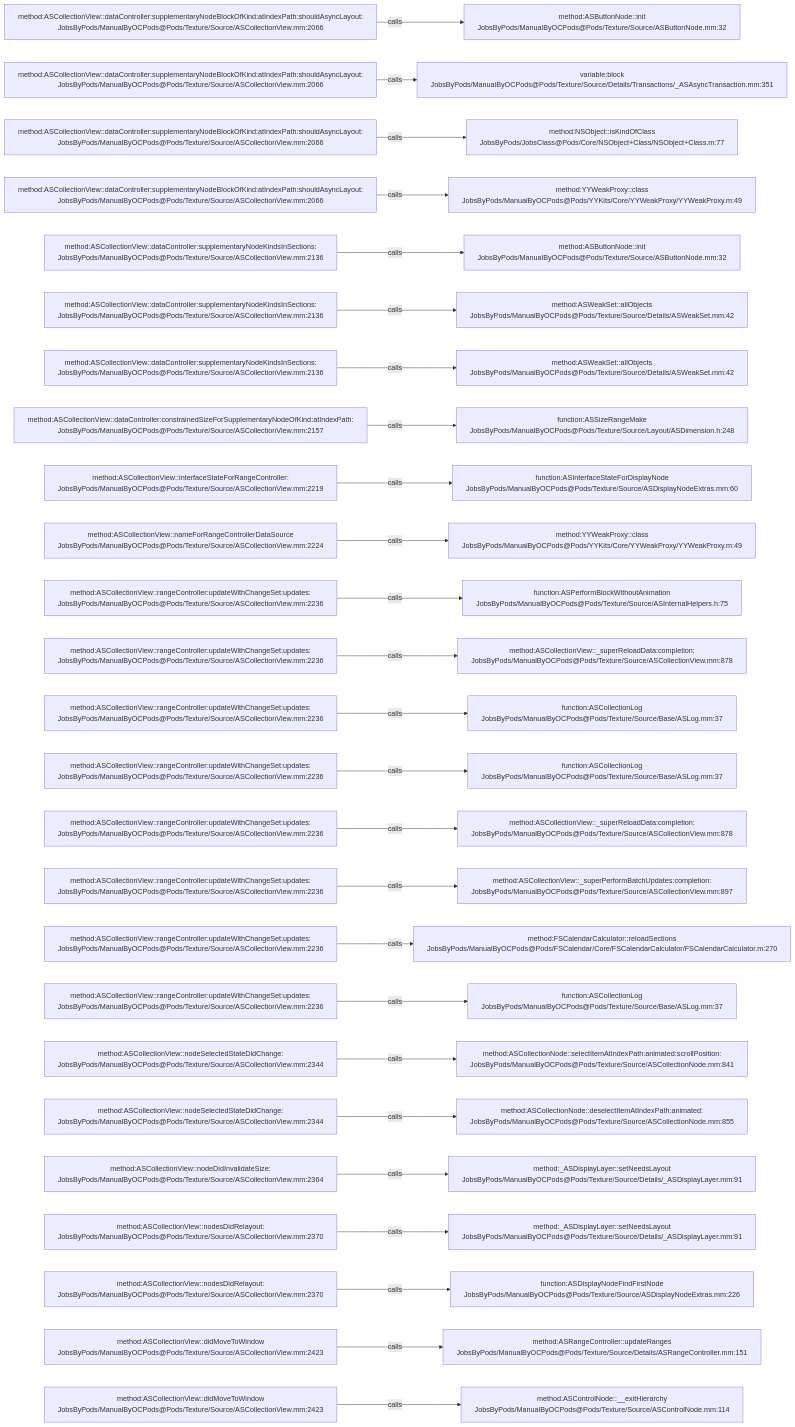
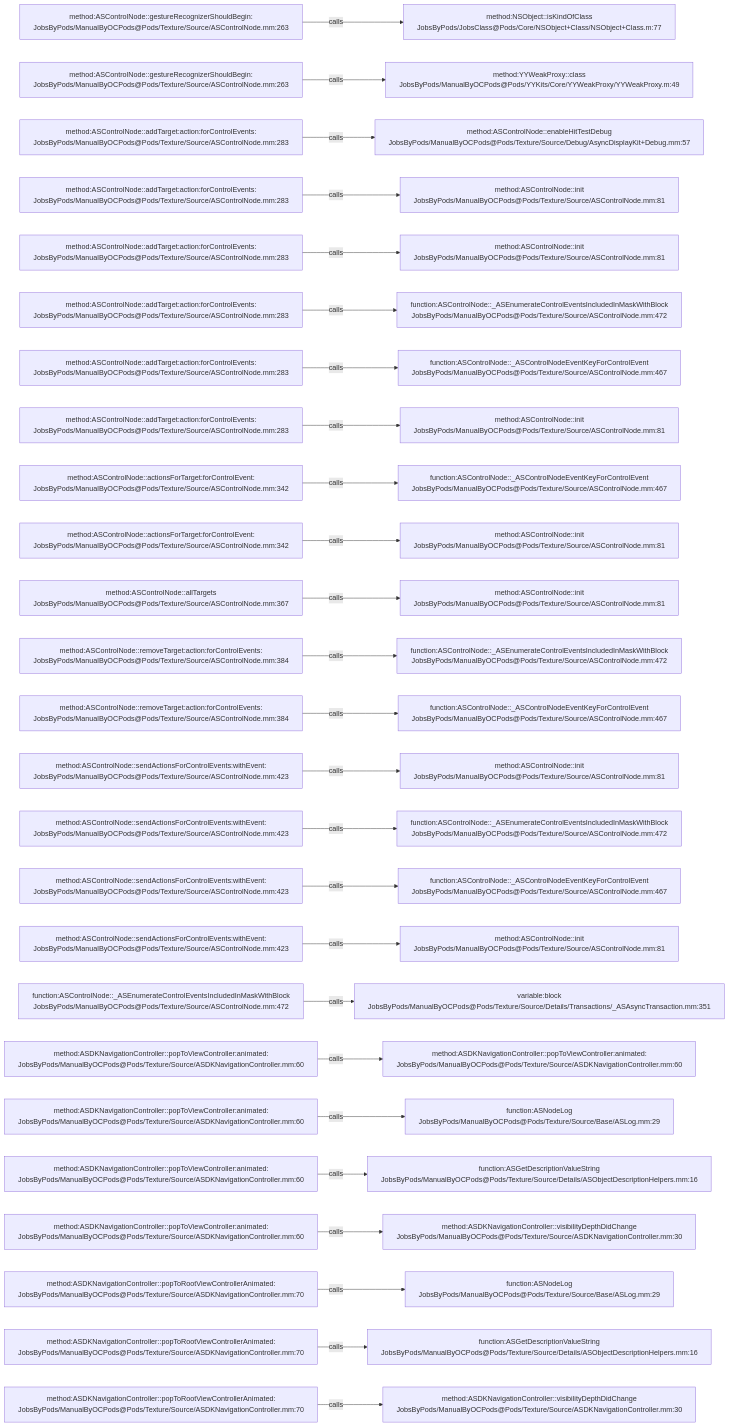
The diagram in .codegraph/codegraph.md/graphs/calls-085.md (JobsKits/JobsOCBaseConfigDemo), drawn with Mermaid before and after one commit. The commit also changed 1353 other files, not shown here.

````diff
--- a/.codegraph/codegraph.md/graphs/calls-085.md
+++ b/.codegraph/codegraph.md/graphs/calls-085.md
@@ -13,78 +13,78 @@
 ```mermaid
 flowchart LR
-  S1["method:ASCollectionView::dataController:supplementaryNodeBlockOfKind:atIndexPath:shouldAsyncLayout:<br/>JobsByPods/ManualByOCPods@Pods/Texture/Source/ASCollectionView.mm:2066"]
-  T1["method:ASButtonNode::init<br/>JobsByPods/ManualByOCPods@Pods/Texture/Source/ASButtonNode.mm:32"]
+  S1["method:ASControlNode::gestureRecognizerShouldBegin:<br/>JobsByPods/ManualByOCPods@Pods/Texture/Source/ASControlNode.mm:263"]
+  T1["method:NSObject::isKindOfClass<br/>JobsByPods/JobsClass@Pods/Core/NSObject+Class/NSObject+Class.m:77"]
   S1 -->|calls| T1
-  S2["method:ASCollectionView::dataController:supplementaryNodeBlockOfKind:atIndexPath:shouldAsyncLayout:<br/>JobsByPods/ManualByOCPods@Pods/Texture/Source/ASCollectionView.mm:2066"]
-  T2["variable:block<br/>JobsByPods/ManualByOCPods@Pods/Texture/Source/Details/Transactions/_ASAsyncTransaction.mm:351"]
+  S2["method:ASControlNode::gestureRecognizerShouldBegin:<br/>JobsByPods/ManualByOCPods@Pods/Texture/Source/ASControlNode.mm:263"]
+  T2["method:YYWeakProxy::class<br/>JobsByPods/ManualByOCPods@Pods/YYKits/Core/YYWeakProxy/YYWeakProxy.m:49"]
   S2 -->|calls| T2
-  S3["method:ASCollectionView::dataController:supplementaryNodeBlockOfKind:atIndexPath:shouldAsyncLayout:<br/>JobsByPods/ManualByOCPods@Pods/Texture/Source/ASCollectionView.mm:2066"]
-  T3["method:NSObject::isKindOfClass<br/>JobsByPods/JobsClass@Pods/Core/NSObject+Class/NSObject+Class.m:77"]
+  S3["method:ASControlNode::addTarget:action:forControlEvents:<br/>JobsByPods/ManualByOCPods@Pods/Texture/Source/ASControlNode.mm:283"]
+  T3["method:ASControlNode::enableHitTestDebug<br/>JobsByPods/ManualByOCPods@Pods/Texture/Source/Debug/AsyncDisplayKit+Debug.mm:57"]
   S3 -->|calls| T3
-  S4["method:ASCollectionView::dataController:supplementaryNodeBlockOfKind:atIndexPath:shouldAsyncLayout:<br/>JobsByPods/ManualByOCPods@Pods/Texture/Source/ASCollectionView.mm:2066"]
-  T4["method:YYWeakProxy::class<br/>JobsByPods/ManualByOCPods@Pods/YYKits/Core/YYWeakProxy/YYWeakProxy.m:49"]
+  S4["method:ASControlNode::addTarget:action:forControlEvents:<br/>JobsByPods/ManualByOCPods@Pods/Texture/Source/ASControlNode.mm:283"]
+  T4["method:ASControlNode::init<br/>JobsByPods/ManualByOCPods@Pods/Texture/Source/ASControlNode.mm:81"]
   S4 -->|calls| T4
-  S5["method:ASCollectionView::dataController:supplementaryNodeKindsInSections:<br/>JobsByPods/ManualByOCPods@Pods/Texture/Source/ASCollectionView.mm:2136"]
-  T5["method:ASButtonNode::init<br/>JobsByPods/ManualByOCPods@Pods/Texture/Source/ASButtonNode.mm:32"]
+  S5["method:ASControlNode::addTarget:action:forControlEvents:<br/>JobsByPods/ManualByOCPods@Pods/Texture/Source/ASControlNode.mm:283"]
+  T5["method:ASControlNode::init<br/>JobsByPods/ManualByOCPods@Pods/Texture/Source/ASControlNode.mm:81"]
   S5 -->|calls| T5
-  S6["method:ASCollectionView::dataController:supplementaryNodeKindsInSections:<br/>JobsByPods/ManualByOCPods@Pods/Texture/Source/ASCollectionView.mm:2136"]
-  T6["method:ASWeakSet::allObjects<br/>JobsByPods/ManualByOCPods@Pods/Texture/Source/Details/ASWeakSet.mm:42"]
+  S6["method:ASControlNode::addTarget:action:forControlEvents:<br/>JobsByPods/ManualByOCPods@Pods/Texture/Source/ASControlNode.mm:283"]
+  T6["function:ASControlNode::_ASEnumerateControlEventsIncludedInMaskWithBlock<br/>JobsByPods/ManualByOCPods@Pods/Texture/Source/ASControlNode.mm:472"]
   S6 -->|calls| T6
-  S7["method:ASCollectionView::dataController:supplementaryNodeKindsInSections:<br/>JobsByPods/ManualByOCPods@Pods/Texture/Source/ASCollectionView.mm:2136"]
-  T7["method:ASWeakSet::allObjects<br/>JobsByPods/ManualByOCPods@Pods/Texture/Source/Details/ASWeakSet.mm:42"]
+  S7["method:ASControlNode::addTarget:action:forControlEvents:<br/>JobsByPods/ManualByOCPods@Pods/Texture/Source/ASControlNode.mm:283"]
+  T7["function:ASControlNode::_ASControlNodeEventKeyForControlEvent<br/>JobsByPods/ManualByOCPods@Pods/Texture/Source/ASControlNode.mm:467"]
   S7 -->|calls| T7
-  S8["method:ASCollectionView::dataController:constrainedSizeForSupplementaryNodeOfKind:atIndexPath:<br/>JobsByPods/ManualByOCPods@Pods/Texture/Source/ASCollectionView.mm:2157"]
-  T8["function:ASSizeRangeMake<br/>JobsByPods/ManualByOCPods@Pods/Texture/Source/Layout/ASDimension.h:248"]
+  S8["method:ASControlNode::addTarget:action:forControlEvents:<br/>JobsByPods/ManualByOCPods@Pods/Texture/Source/ASControlNode.mm:283"]
+  T8["method:ASControlNode::init<br/>JobsByPods/ManualByOCPods@Pods/Texture/Source/ASControlNode.mm:81"]
   S8 -->|calls| T8
-  S9["method:ASCollectionView::interfaceStateForRangeController:<br/>JobsByPods/ManualByOCPods@Pods/Texture/Source/ASCollectionView.mm:2219"]
-  T9["function:ASInterfaceStateForDisplayNode<br/>JobsByPods/ManualByOCPods@Pods/Texture/Source/ASDisplayNodeExtras.mm:60"]
+  S9["method:ASControlNode::actionsForTarget:forControlEvent:<br/>JobsByPods/ManualByOCPods@Pods/Texture/Source/ASControlNode.mm:342"]
+  T9["function:ASControlNode::_ASControlNodeEventKeyForControlEvent<br/>JobsByPods/ManualByOCPods@Pods/Texture/Source/ASControlNode.mm:467"]
   S9 -->|calls| T9
-  S10["method:ASCollectionView::nameForRangeControllerDataSource<br/>JobsByPods/ManualByOCPods@Pods/Texture/Source/ASCollectionView.mm:2224"]
-  T10["method:YYWeakProxy::class<br/>JobsByPods/ManualByOCPods@Pods/YYKits/Core/YYWeakProxy/YYWeakProxy.m:49"]
+  S10["method:ASControlNode::actionsForTarget:forControlEvent:<br/>JobsByPods/ManualByOCPods@Pods/Texture/Source/ASControlNode.mm:342"]
+  T10["method:ASControlNode::init<br/>JobsByPods/ManualByOCPods@Pods/Texture/Source/ASControlNode.mm:81"]
   S10 -->|calls| T10
-  S11["method:ASCollectionView::rangeController:updateWithChangeSet:updates:<br/>JobsByPods/ManualByOCPods@Pods/Texture/Source/ASCollectionView.mm:2236"]
-  T11["function:ASPerformBlockWithoutAnimation<br/>JobsByPods/ManualByOCPods@Pods/Texture/Source/ASInternalHelpers.h:75"]
+  S11["method:ASControlNode::allTargets<br/>JobsByPods/ManualByOCPods@Pods/Texture/Source/ASControlNode.mm:367"]
+  T11["method:ASControlNode::init<br/>JobsByPods/ManualByOCPods@Pods/Texture/Source/ASControlNode.mm:81"]
   S11 -->|calls| T11
-  S12["method:ASCollectionView::rangeController:updateWithChangeSet:updates:<br/>JobsByPods/ManualByOCPods@Pods/Texture/Source/ASCollectionView.mm:2236"]
-  T12["method:ASCollectionView::_superReloadData:completion:<br/>JobsByPods/ManualByOCPods@Pods/Texture/Source/ASCollectionView.mm:878"]
+  S12["method:ASControlNode::removeTarget:action:forControlEvents:<br/>JobsByPods/ManualByOCPods@Pods/Texture/Source/ASControlNode.mm:384"]
+  T12["function:ASControlNode::_ASEnumerateControlEventsIncludedInMaskWithBlock<br/>JobsByPods/ManualByOCPods@Pods/Texture/Source/ASControlNode.mm:472"]
   S12 -->|calls| T12
-  S13["method:ASCollectionView::rangeController:updateWithChangeSet:updates:<br/>JobsByPods/ManualByOCPods@Pods/Texture/Source/ASCollectionView.mm:2236"]
-  T13["function:ASCollectionLog<br/>JobsByPods/ManualByOCPods@Pods/Texture/Source/Base/ASLog.mm:37"]
+  S13["method:ASControlNode::removeTarget:action:forControlEvents:<br/>JobsByPods/ManualByOCPods@Pods/Texture/Source/ASControlNode.mm:384"]
+  T13["function:ASControlNode::_ASControlNodeEventKeyForControlEvent<br/>JobsByPods/ManualByOCPods@Pods/Texture/Source/ASControlNode.mm:467"]
   S13 -->|calls| T13
-  S14["method:ASCollectionView::rangeController:updateWithChangeSet:updates:<br/>JobsByPods/ManualByOCPods@Pods/Texture/Source/ASCollectionView.mm:2236"]
-  T14["function:ASCollectionLog<br/>JobsByPods/ManualByOCPods@Pods/Texture/Source/Base/ASLog.mm:37"]
+  S14["method:ASControlNode::sendActionsForControlEvents:withEvent:<br/>JobsByPods/ManualByOCPods@Pods/Texture/Source/ASControlNode.mm:423"]
+  T14["method:ASControlNode::init<br/>JobsByPods/ManualByOCPods@Pods/Texture/Source/ASControlNode.mm:81"]
   S14 -->|calls| T14
-  S15["method:ASCollectionView::rangeController:updateWithChangeSet:updates:<br/>JobsByPods/ManualByOCPods@Pods/Texture/Source/ASCollectionView.mm:2236"]
-  T15["method:ASCollectionView::_superReloadData:completion:<br/>JobsByPods/ManualByOCPods@Pods/Texture/Source/ASCollectionView.mm:878"]
+  S15["method:ASControlNode::sendActionsForControlEvents:withEvent:<br/>JobsByPods/ManualByOCPods@Pods/Texture/Source/ASControlNode.mm:423"]
+  T15["function:ASControlNode::_ASEnumerateControlEventsIncludedInMaskWithBlock<br/>JobsByPods/ManualByOCPods@Pods/Texture/Source/ASControlNode.mm:472"]
   S15 -->|calls| T15
-  S16["method:ASCollectionView::rangeController:updateWithChangeSet:updates:<br/>JobsByPods/ManualByOCPods@Pods/Texture/Source/ASCollectionView.mm:2236"]
-  T16["method:ASCollectionView::_superPerformBatchUpdates:completion:<br/>JobsByPods/ManualByOCPods@Pods/Texture/Source/ASCollectionView.mm:897"]
+  S16["method:ASControlNode::sendActionsForControlEvents:withEvent:<br/>JobsByPods/ManualByOCPods@Pods/Texture/Source/ASControlNode.mm:423"]
+  T16["function:ASControlNode::_ASControlNodeEventKeyForControlEvent<br/>JobsByPods/ManualByOCPods@Pods/Texture/Source/ASControlNode.mm:467"]
   S16 -->|calls| T16
-  S17["method:ASCollectionView::rangeController:updateWithChangeSet:updates:<br/>JobsByPods/ManualByOCPods@Pods/Texture/Source/ASCollectionView.mm:2236"]
-  T17["method:FSCalendarCalculator::reloadSections<br/>JobsByPods/ManualByOCPods@Pods/FSCalendar/Core/FSCalendarCalculator/FSCalendarCalculator.m:270"]
+  S17["method:ASControlNode::sendActionsForControlEvents:withEvent:<br/>JobsByPods/ManualByOCPods@Pods/Texture/Source/ASControlNode.mm:423"]
+  T17["method:ASControlNode::init<br/>JobsByPods/ManualByOCPods@Pods/Texture/Source/ASControlNode.mm:81"]
   S17 -->|calls| T17
-  S18["method:ASCollectionView::rangeController:updateWithChangeSet:updates:<br/>JobsByPods/ManualByOCPods@Pods/Texture/Source/ASCollectionView.mm:2236"]
-  T18["function:ASCollectionLog<br/>JobsByPods/ManualByOCPods@Pods/Texture/Source/Base/ASLog.mm:37"]
+  S18["function:ASControlNode::_ASEnumerateControlEventsIncludedInMaskWithBlock<br/>JobsByPods/ManualByOCPods@Pods/Texture/Source/ASControlNode.mm:472"]
+  T18["variable:block<br/>JobsByPods/ManualByOCPods@Pods/Texture/Source/Details/Transactions/_ASAsyncTransaction.mm:351"]
   S18 -->|calls| T18
-  S19["method:ASCollectionView::nodeSelectedStateDidChange:<br/>JobsByPods/ManualByOCPods@Pods/Texture/Source/ASCollectionView.mm:2344"]
-  T19["method:ASCollectionNode::selectItemAtIndexPath:animated:scrollPosition:<br/>JobsByPods/ManualByOCPods@Pods/Texture/Source/ASCollectionNode.mm:841"]
+  S19["method:ASDKNavigationController::popToViewController:animated:<br/>JobsByPods/ManualByOCPods@Pods/Texture/Source/ASDKNavigationController.mm:60"]
+  T19["method:ASDKNavigationController::popToViewController:animated:<br/>JobsByPods/ManualByOCPods@Pods/Texture/Source/ASDKNavigationController.mm:60"]
   S19 -->|calls| T19
-  S20["method:ASCollectionView::nodeSelectedStateDidChange:<br/>JobsByPods/ManualByOCPods@Pods/Texture/Source/ASCollectionView.mm:2344"]
-  T20["method:ASCollectionNode::deselectItemAtIndexPath:animated:<br/>JobsByPods/ManualByOCPods@Pods/Texture/Source/ASCollectionNode.mm:855"]
+  S20["method:ASDKNavigationController::popToViewController:animated:<br/>JobsByPods/ManualByOCPods@Pods/Texture/Source/ASDKNavigationController.mm:60"]
+  T20["function:ASNodeLog<br/>JobsByPods/ManualByOCPods@Pods/Texture/Source/Base/ASLog.mm:29"]
   S20 -->|calls| T20
-  S21["method:ASCollectionView::nodeDidInvalidateSize:<br/>JobsByPods/ManualByOCPods@Pods/Texture/Source/ASCollectionView.mm:2364"]
-  T21["method:_ASDisplayLayer::setNeedsLayout<br/>JobsByPods/ManualByOCPods@Pods/Texture/Source/Details/_ASDisplayLayer.mm:91"]
+  S21["method:ASDKNavigationController::popToViewController:animated:<br/>JobsByPods/ManualByOCPods@Pods/Texture/Source/ASDKNavigationController.mm:60"]
+  T21["function:ASGetDescriptionValueString<br/>JobsByPods/ManualByOCPods@Pods/Texture/Source/Details/ASObjectDescriptionHelpers.mm:16"]
   S21 -->|calls| T21
-  S22["method:ASCollectionView::nodesDidRelayout:<br/>JobsByPods/ManualByOCPods@Pods/Texture/Source/ASCollectionView.mm:2370"]
-  T22["method:_ASDisplayLayer::setNeedsLayout<br/>JobsByPods/ManualByOCPods@Pods/Texture/Source/Details/_ASDisplayLayer.mm:91"]
+  S22["method:ASDKNavigationController::popToViewController:animated:<br/>JobsByPods/ManualByOCPods@Pods/Texture/Source/ASDKNavigationController.mm:60"]
+  T22["method:ASDKNavigationController::visibilityDepthDidChange<br/>JobsByPods/ManualByOCPods@Pods/Texture/Source/ASDKNavigationController.mm:30"]
   S22 -->|calls| T22
-  S23["method:ASCollectionView::nodesDidRelayout:<br/>JobsByPods/ManualByOCPods@Pods/Texture/Source/ASCollectionView.mm:2370"]
-  T23["function:ASDisplayNodeFindFirstNode<br/>JobsByPods/ManualByOCPods@Pods/Texture/Source/ASDisplayNodeExtras.mm:226"]
+  S23["method:ASDKNavigationController::popToRootViewControllerAnimated:<br/>JobsByPods/ManualByOCPods@Pods/Texture/Source/ASDKNavigationController.mm:70"]
+  T23["function:ASNodeLog<br/>JobsByPods/ManualByOCPods@Pods/Texture/Source/Base/ASLog.mm:29"]
   S23 -->|calls| T23
-  S24["method:ASCollectionView::didMoveToWindow<br/>JobsByPods/ManualByOCPods@Pods/Texture/Source/ASCollectionView.mm:2423"]
-  T24["method:ASRangeController::updateRanges<br/>JobsByPods/ManualByOCPods@Pods/Texture/Source/Details/ASRangeController.mm:151"]
+  S24["method:ASDKNavigationController::popToRootViewControllerAnimated:<br/>JobsByPods/ManualByOCPods@Pods/Texture/Source/ASDKNavigationController.mm:70"]
+  T24["function:ASGetDescriptionValueString<br/>JobsByPods/ManualByOCPods@Pods/Texture/Source/Details/ASObjectDescriptionHelpers.mm:16"]
   S24 -->|calls| T24
-  S25["method:ASCollectionView::didMoveToWindow<br/>JobsByPods/ManualByOCPods@Pods/Texture/Source/ASCollectionView.mm:2423"]
-  T25["method:ASControlNode::__exitHierarchy<br/>JobsByPods/ManualByOCPods@Pods/Texture/Source/ASControlNode.mm:114"]
+  S25["method:ASDKNavigationController::popToRootViewControllerAnimated:<br/>JobsByPods/ManualByOCPods@Pods/Texture/Source/ASDKNavigationController.mm:70"]
+  T25["method:ASDKNavigationController::visibilityDepthDidChange<br/>JobsByPods/ManualByOCPods@Pods/Texture/Source/ASDKNavigationController.mm:30"]
   S25 -->|calls| T25
 ```
````
